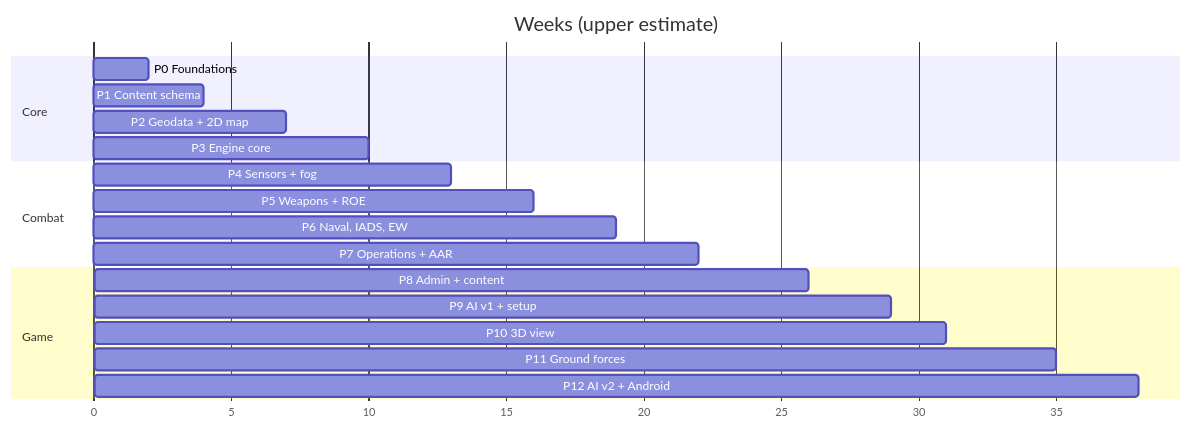
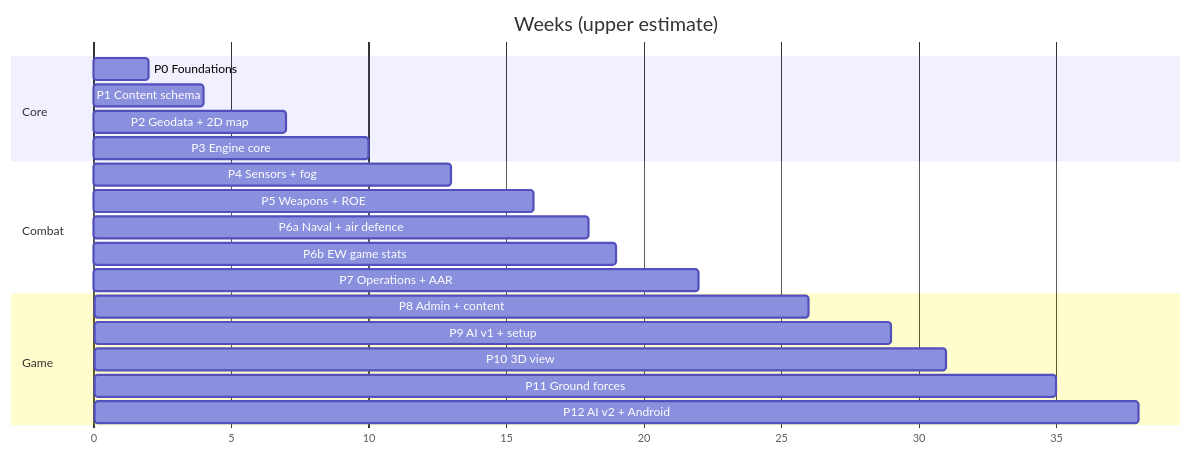
The diagram in docs/08-roadmap-and-risks.md (vinaymoger1836/warboard), drawn with Mermaid before and after one commit. The commit also changed other lines of this file and 5 other files, not shown here.

Commit message:
feat: update electronic warfare model and documentation for game stats

````diff
--- a/docs/08-roadmap-and-risks.md
+++ b/docs/08-roadmap-and-risks.md
@@ -26,22 +27,23 @@
 ```mermaid
 gantt
   dateFormat X
   axisFormat %s
   title Weeks (upper estimate)
   section Core
   P0 Foundations        :0, 2
   P1 Content schema     :2, 4
   P2 Geodata + 2D map   :4, 7
   P3 Engine core        :7, 10
   section Combat
   P4 Sensors + fog      :10, 13
   P5 Weapons + ROE      :13, 16
-  P6 Naval, IADS, EW    :16, 19
+  P6a Naval + air defence :16, 18
+  P6b EW game stats     :18, 19
   P7 Operations + AAR   :19, 22
   section Game
   P8 Admin + content    :22, 26
   P9 AI v1 + setup      :26, 29
   P10 3D view           :29, 31
   P11 Ground forces     :31, 35
   P12 AI v2 + Android   :35, 38
 ```
````
